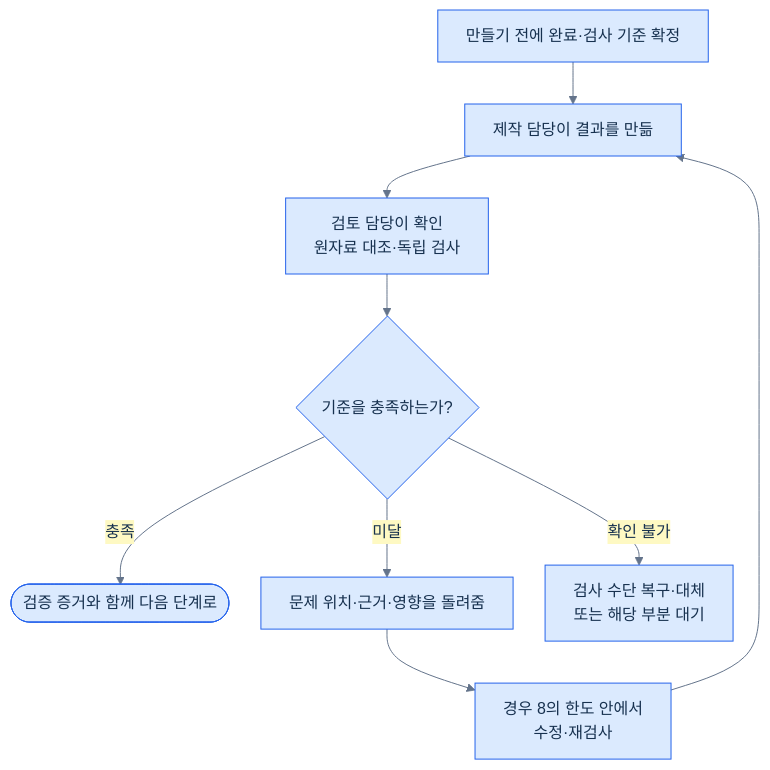
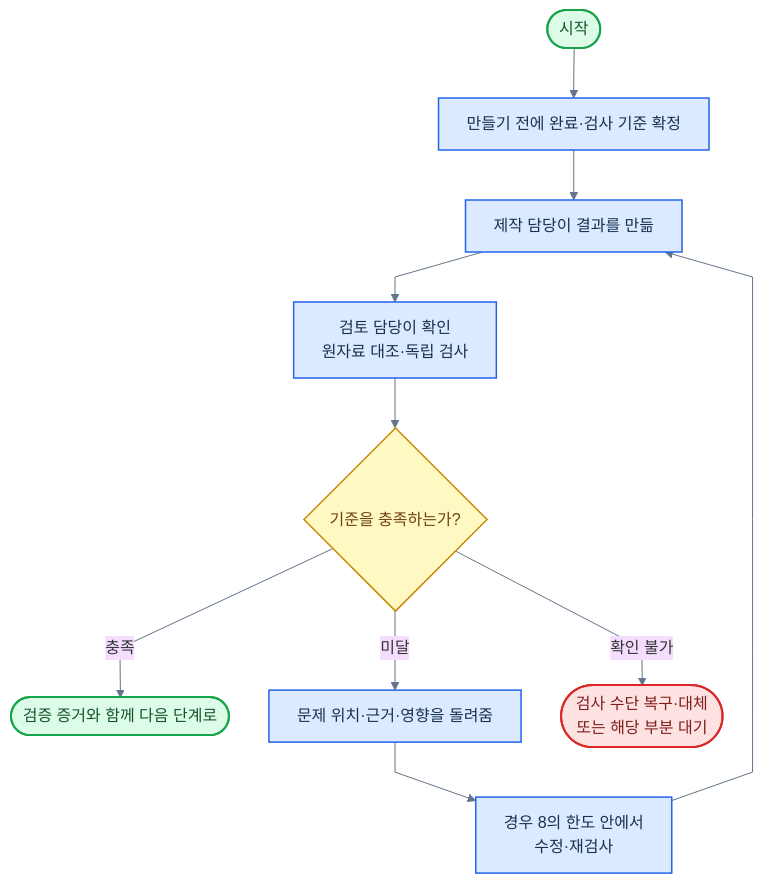
Before and after one commit to harisbaguette/expert: diagram 12 of 17 in 전문가 에이전트 정의 2.md, drawn with Mermaid. The commit also changed other lines of this file, not shown here.

````diff
--- a/전문가 에이전트 정의 2.md
+++ b/전문가 에이전트 정의 2.md
@@ -368,11 +505,24 @@
 ```mermaid
-%%{init: {"theme": "base", "themeVariables": {"fontFamily": "Arial, sans-serif", "fontSize": "16px", "primaryColor": "#dbeafe", "primaryTextColor": "#17314f", "primaryBorderColor": "#2563eb", "lineColor": "#64748b", "secondaryColor": "#fef9c3", "tertiaryColor": "#f8fafc"}, "flowchart": {"curve": "basis", "nodeSpacing": 32, "rankSpacing": 42, "padding": 14, "wrappingWidth": 240, "useMaxWidth": true}}}%%
+%%{init: {"theme":"base","themeVariables":{"fontFamily":"Arial, sans-serif","fontSize":"16px","lineColor":"#64748b"},"flowchart":{"curve":"linear","nodeSpacing":40,"rankSpacing":50,"padding":14,"wrappingWidth":240,"useMaxWidth":true}}}%%
 flowchart TB
-    A["만들기 전에 완료·검사 기준 확정"] --> B["제작 담당이 결과를 만듦"]
-    B --> C["검토 담당이 확인<br/>원자료 대조·독립 검사"]
-    C --> D{"기준을 충족하는가?"}
-    D -->|충족| E(["검증 증거와 함께 다음 단계로"])
-    D -->|미달| F["문제 위치·근거·영향을 돌려줌"]
-    F --> G["경우 8의 한도 안에서<br/>수정·재검사"] --> B
-    D -->|확인 불가| H["검사 수단 복구·대체<br/>또는 해당 부분 대기"]
+    S(["시작"])
+    A["만들기 전에 완료·검사 기준 확정"]
+    B["제작 담당이 결과를 만듦"]
+    C["검토 담당이 확인<br/>원자료 대조·독립 검사"]
+    D{"기준을 충족하는가?"}
+    E(["검증 증거와 함께 다음 단계로"])
+    F["문제 위치·근거·영향을 돌려줌"]
+    G["경우 8의 한도 안에서<br/>수정·재검사"]
+    H(["검사 수단 복구·대체<br/>또는 해당 부분 대기"])
+    S --> A --> B --> C --> D
+    D -->|충족| E
+    D -->|미달| F --> G --> B
+    D -->|확인 불가| H
+    classDef default fill:#dbeafe,stroke:#2563eb,stroke-width:1.5px,color:#17314f
+    classDef term fill:#dcfce7,stroke:#16a34a,stroke-width:2px,color:#14532d
+    classDef stop fill:#fee2e2,stroke:#dc2626,stroke-width:2px,color:#7f1d1d
+    classDef dec fill:#fef9c3,stroke:#ca8a04,stroke-width:1.5px,color:#713f12
+    class S,E term
+    class H stop
+    class D dec
 ```
````
